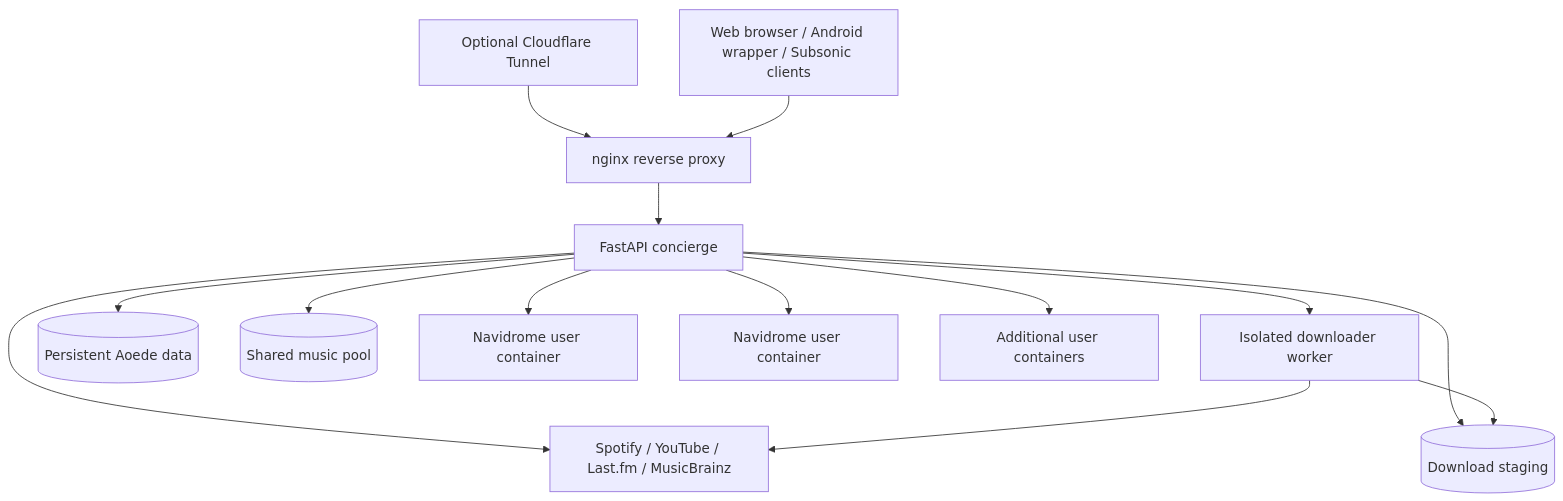
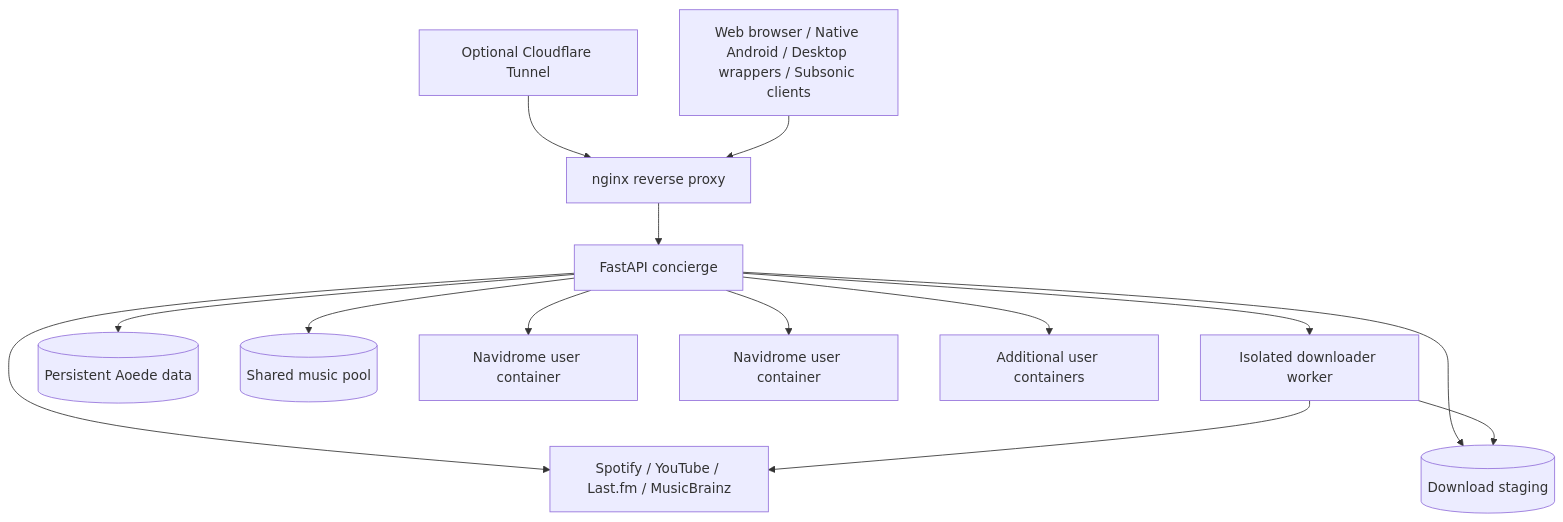
One commit to sPROFFEs/Aoede changed the diagram in docs/ARCHITECTURE.md. Above: the diagram before and after it, drawn with Mermaid. The commit also changed other lines of this file and 70 other files, not shown here.

Commit message:
Add native Android client and protected mobile API for Aoede 1.3.1

````diff
--- a/docs/ARCHITECTURE.md
+++ b/docs/ARCHITECTURE.md
@@ -7,29 +7,29 @@
 ```mermaid
 flowchart TB
-    Clients[Web browser / Android wrapper / Subsonic clients]
+    Clients[Web browser / Native Android / Desktop wrappers / Subsonic clients]
     Proxy[nginx reverse proxy]
     Concierge[FastAPI concierge]
     Downloader[Isolated downloader worker]
     Tunnel[Optional Cloudflare Tunnel]
     Data[(Persistent Aoede data)]
     Pool[(Shared music pool)]
     Staging[(Download staging)]
     Providers[Spotify / YouTube / Last.fm / MusicBrainz]
     U1[Navidrome user container]
     U2[Navidrome user container]
     UN[Additional user containers]
 
     Tunnel --> Proxy
     Clients --> Proxy
     Proxy --> Concierge
     Concierge --> U1
     Concierge --> U2
     Concierge --> UN
     Concierge --> Pool
     Concierge --> Data
     Concierge --> Providers
     Concierge --> Downloader
     Concierge --> Staging
     Downloader --> Staging
     Downloader --> Providers
 ```
````
